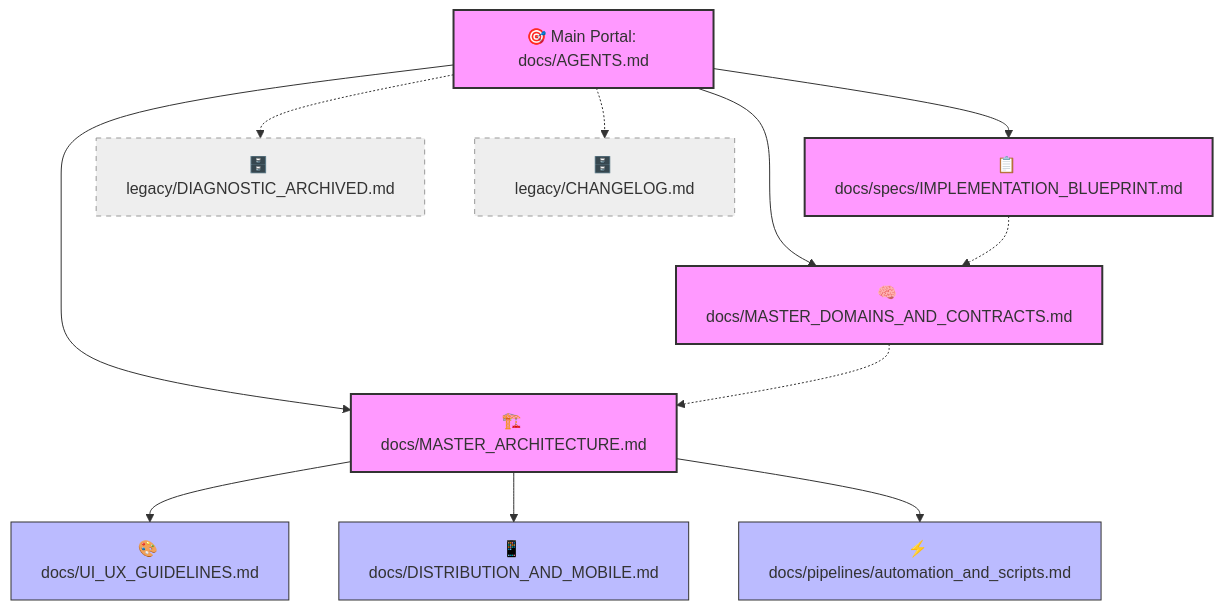
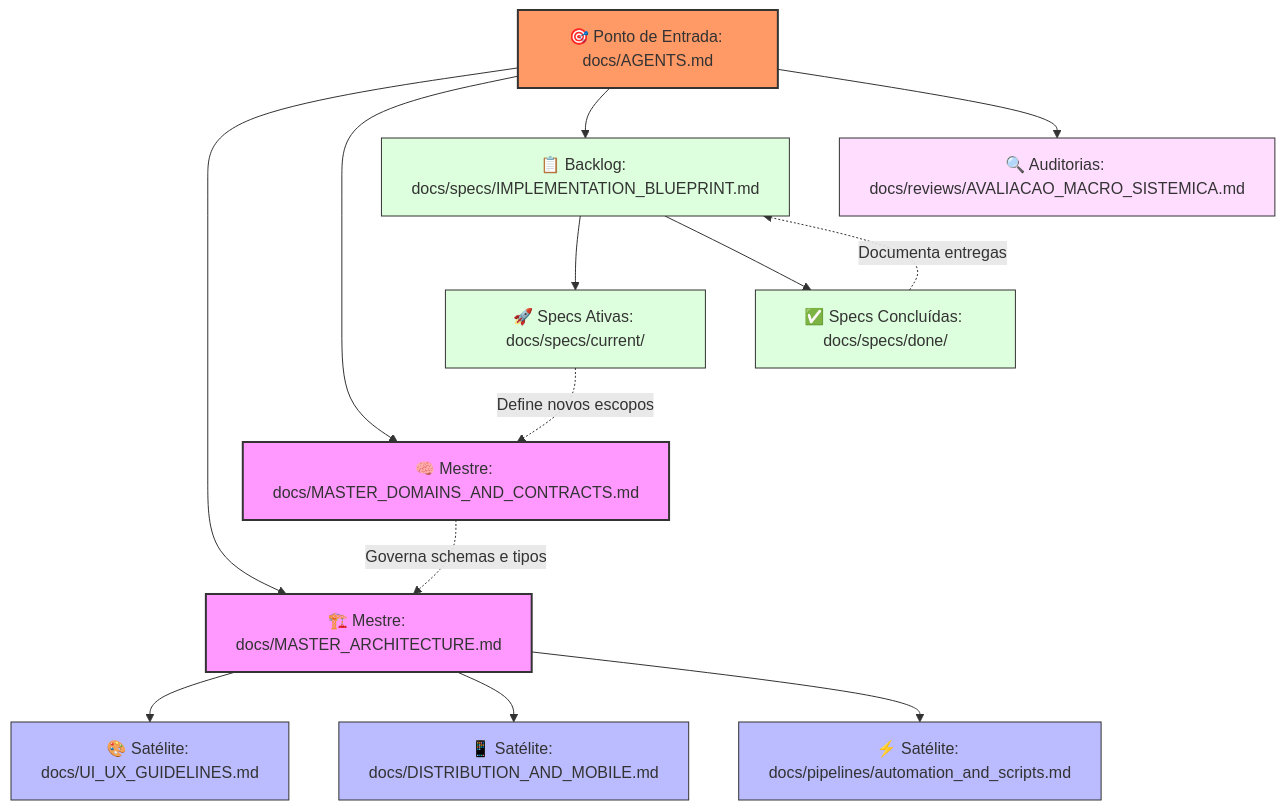
The diagram in docs/AGENTS.md (felipeteixeirams/Aimee-ia), drawn with Mermaid before and after one commit. The commit also changed other lines of this file and 11 other files, not shown here.

````diff
--- a/docs/AGENTS.md
+++ b/docs/AGENTS.md
@@ -10,25 +10,36 @@
 ```mermaid
 graph TD
-    AGENTS[🎯 Main Portal: docs/AGENTS.md] --> ARCH[🏗️ docs/MASTER_ARCHITECTURE.md]
-    AGENTS --> DOMAINS[🧠 docs/MASTER_DOMAINS_AND_CONTRACTS.md]
-    AGENTS --> BLUEPRINT[📋 docs/specs/IMPLEMENTATION_BLUEPRINT.md]
+    %% Ponto de Entrada
+    AGENTS[🎯 Ponto de Entrada: docs/AGENTS.md] --> ARCH[🏗️ Mestre: docs/MASTER_ARCHITECTURE.md]
+    AGENTS --> DOMAINS[🧠 Mestre: docs/MASTER_DOMAINS_AND_CONTRACTS.md]
     
-    ARCH --> UIUX[🎨 docs/UI_UX_GUIDELINES.md]
-    ARCH --> MOBL[📱 docs/DISTRIBUTION_AND_MOBILE.md]
-    ARCH --> PIPE[⚡ docs/pipelines/automation_and_scripts.md]
+    %% Satélites
+    ARCH --> UIUX[🎨 Satélite: docs/UI_UX_GUIDELINES.md]
+    ARCH --> MOBL[📱 Satélite: docs/DISTRIBUTION_AND_MOBILE.md]
+    ARCH --> PIPE[⚡ Satélite: docs/pipelines/automation_and_scripts.md]
     
-    DOMAINS -.-> ARCH
-    BLUEPRINT -.-> DOMAINS
+    %% Especificações e Backlog
+    AGENTS --> BLUEPRINT[📋 Backlog: docs/specs/IMPLEMENTATION_BLUEPRINT.md]
+    BLUEPRINT --> SPEC_CURR[🚀 Specs Ativas: docs/specs/current/]
+    BLUEPRINT --> SPEC_DONE[✅ Specs Concluídas: docs/specs/done/]
     
-    %% Camadas de Arquivamento
-    AGENTS -.-> LEGACY_DIAG[🗄️ legacy/DIAGNOSTIC_ARCHIVED.md]
-    AGENTS -.-> LEGACY_CHAN[🗄️ legacy/CHANGELOG.md]
+    %% Revisões e Auditorias
+    AGENTS --> REVIEWS[🔍 Auditorias: docs/reviews/AVALIACAO_MACRO_SISTEMICA.md]
 
+    %% Relacionamentos de Contrato
+    DOMAINS -.->|Governa schemas e tipos| ARCH
+    SPEC_CURR -.->|Define novos escopos| DOMAINS
+    SPEC_DONE -.->|Documenta entregas| BLUEPRINT
+
+    classDef entry fill:#f96,stroke:#333,stroke-width:2px;
     classDef master fill:#f9f,stroke:#333,stroke-width:2px;
     classDef satellite fill:#bbf,stroke:#333,stroke-width:1px;
-    classDef archive fill:#eee,stroke:#999,stroke-dasharray: 5, 5;
+    classDef specs fill:#dfd,stroke:#333,stroke-width:1px;
+    classDef review fill:#fdf,stroke:#333,stroke-width:1px;
     
-    class AGENTS,ARCH,DOMAINS,BLUEPRINT master;
+    class AGENTS entry;
+    class ARCH,DOMAINS master;
     class UIUX,MOBL,PIPE satellite;
-    class LEGACY_DIAG,LEGACY_CHAN archive;
+    class BLUEPRINT,SPEC_CURR,SPEC_DONE specs;
+    class REVIEWS review;
 ```
````
